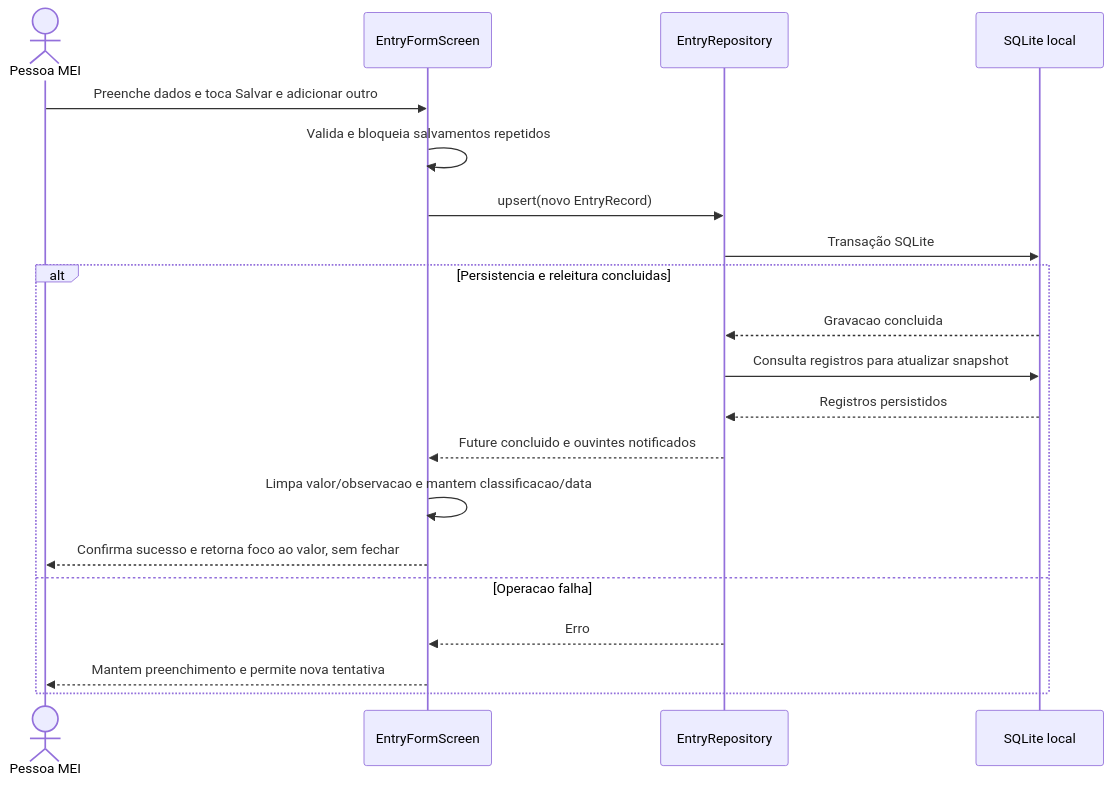
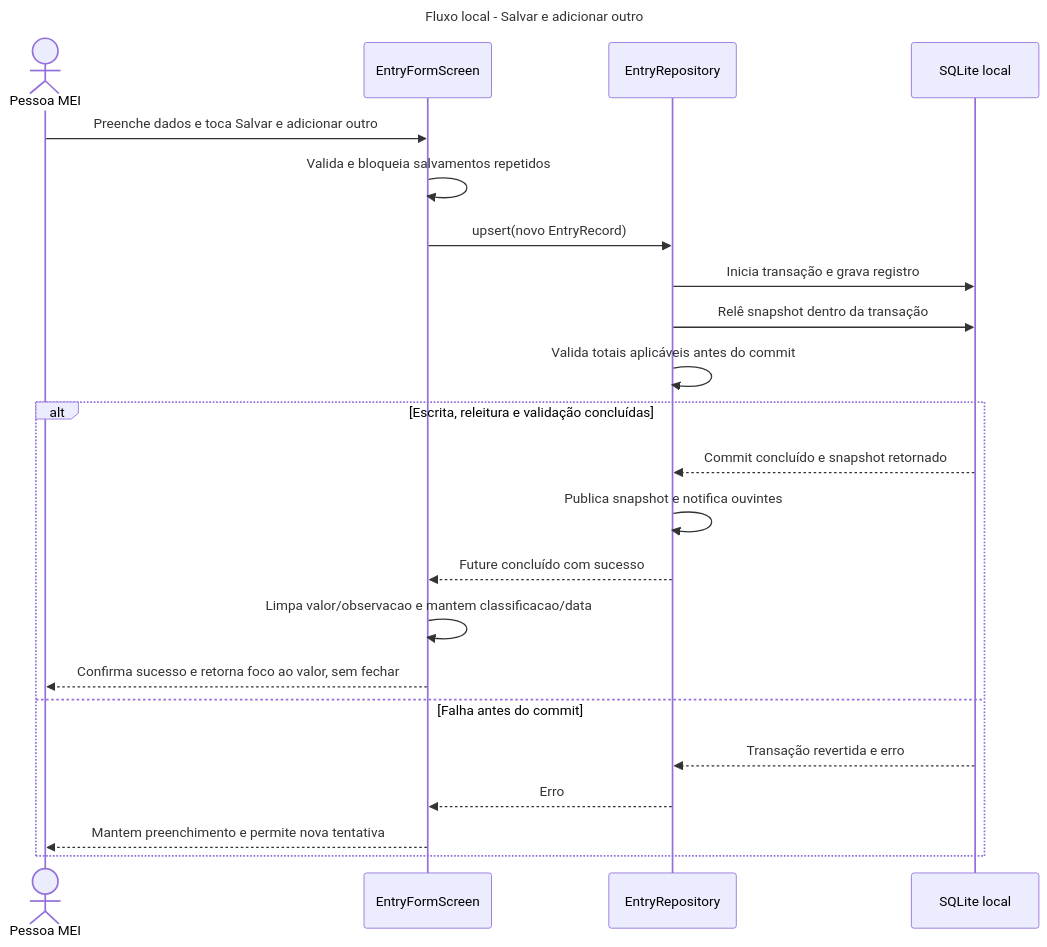
One commit to Isaqueodev/NotaMei changed the fifth of 6 diagrams in docs/arquitetura/C4-NOTAMEI.md. Above: the diagram before and after it, drawn with Mermaid. The commit also changed other lines of this file and 9 other files, not shown here.

````diff
--- a/docs/arquitetura/C4-NOTAMEI.md
+++ b/docs/arquitetura/C4-NOTAMEI.md
@@ -234,22 +267,27 @@
 ```mermaid
+---
+title: Fluxo local - Salvar e adicionar outro
+---
 sequenceDiagram
   actor MEI as Pessoa MEI
   participant FORM as EntryFormScreen
   participant REPO as EntryRepository
   participant DB as SQLite local
   MEI->>FORM: Preenche dados e toca Salvar e adicionar outro
   FORM->>FORM: Valida e bloqueia salvamentos repetidos
   FORM->>REPO: upsert(novo EntryRecord)
-  REPO->>DB: Transação SQLite
-  alt Persistencia e releitura concluidas
-    DB-->>REPO: Gravacao concluida
-    REPO->>DB: Consulta registros para atualizar snapshot
-    DB-->>REPO: Registros persistidos
-    REPO-->>FORM: Future concluido e ouvintes notificados
+  REPO->>DB: Inicia transação e grava registro
+  REPO->>DB: Relê snapshot dentro da transação
+  REPO->>REPO: Valida totais aplicáveis antes do commit
+  alt Escrita, releitura e validação concluídas
+    DB-->>REPO: Commit concluído e snapshot retornado
+    REPO->>REPO: Publica snapshot e notifica ouvintes
+    REPO-->>FORM: Future concluído com sucesso
     FORM->>FORM: Limpa valor/observacao e mantem classificacao/data
     FORM-->>MEI: Confirma sucesso e retorna foco ao valor, sem fechar
-  else Operacao falha
+  else Falha antes do commit
+    DB-->>REPO: Transação revertida e erro
     REPO-->>FORM: Erro
     FORM-->>MEI: Mantem preenchimento e permite nova tentativa
   end
 ```
````
